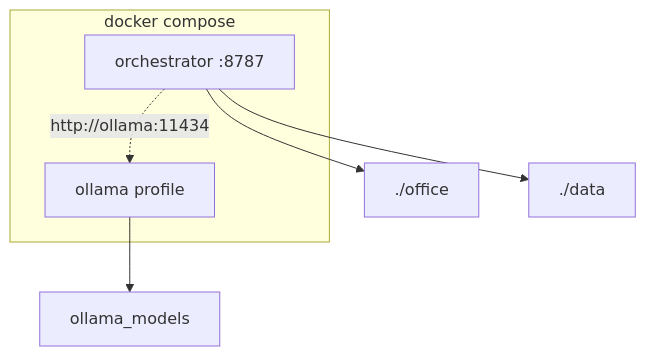
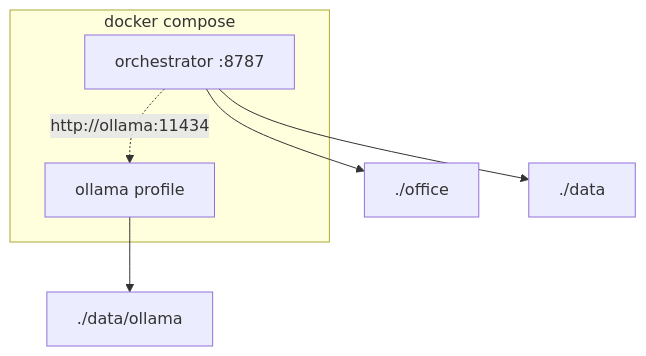
One commit to abhishekjasani/AgentAnyStack changed the diagram in docs/architecture/07_DOCKER.md. Above: the diagram before and after it, drawn with Mermaid. The commit also changed other lines of this file and 7 other files, not shown here.

Commit message:
feat: update documentation and configurations for Ollama model weights management and runtime data handling

````diff
--- a/docs/architecture/07_DOCKER.md
+++ b/docs/architecture/07_DOCKER.md
@@ -5,14 +5,14 @@
 ```mermaid
 flowchart TB
     subgraph compose [docker compose]
       ORC["orchestrator :8787"]
       OLL["ollama profile"]
     end
     VOL_O["./office"]
     VOL_D["./data"]
-    VOL_M["ollama_models"]
+    VOL_M["./data/ollama"]
     ORC --> VOL_O
     ORC --> VOL_D
     OLL --> VOL_M
     ORC -.->|"http://ollama:11434"| OLL
 ```
````
